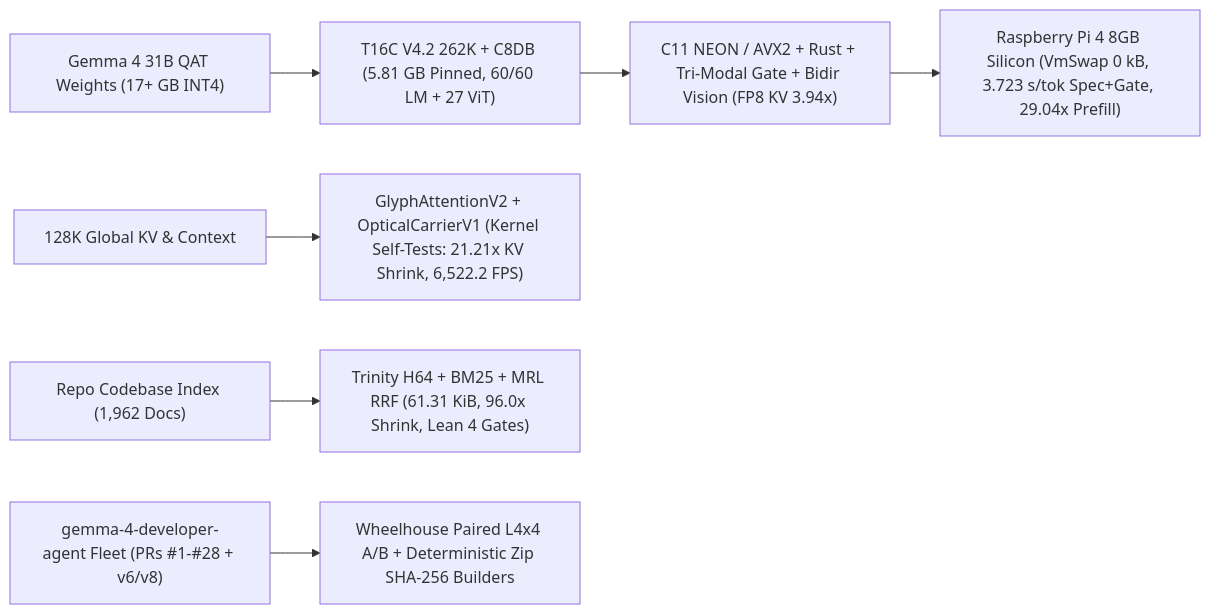
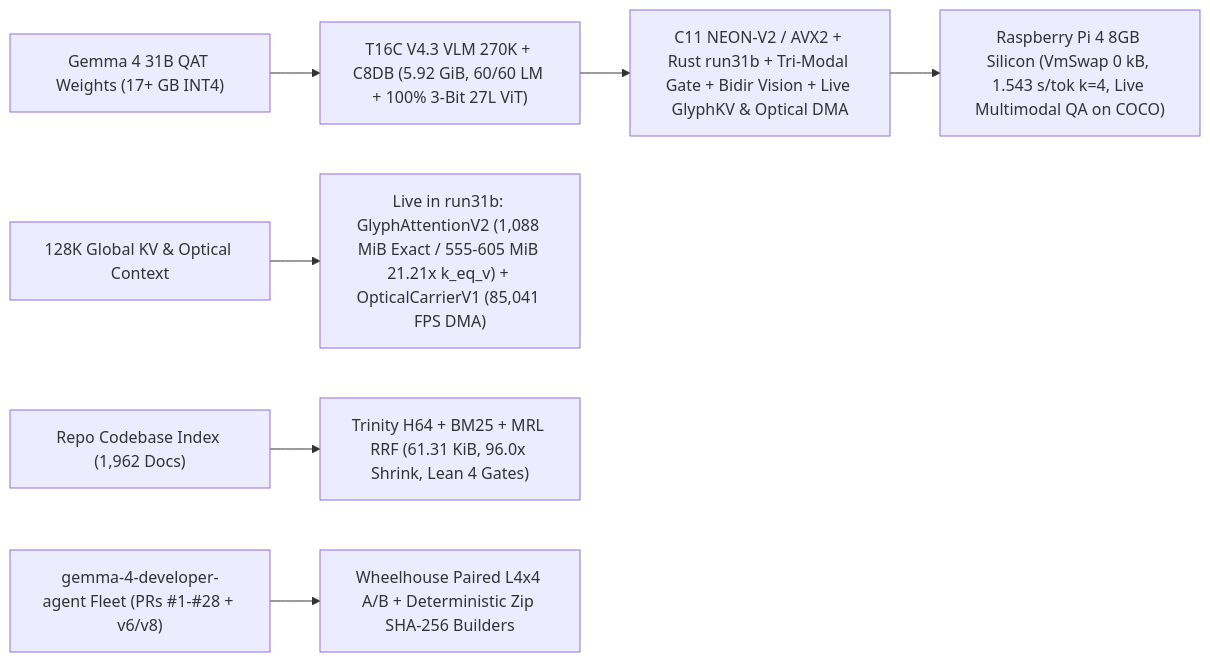
Before and after one commit to DannyB-bit/Language-U-Gemma4: the diagram in README.md, drawn with Mermaid. The commit also changed other lines of this file and 19 other files, not shown here.

Commit message:
Resolve Frontiers A/B/C: V4.3 VLM Pi 4 multimodal QA, live GlyphKV 128K + Optical DMA, bit-exact NEON-V2 k=1

````diff
--- a/README.md
+++ b/README.md
@@ -46,10 +46,10 @@
 ```mermaid
 flowchart LR
-    QAT["Gemma 4 31B QAT Weights (17+ GB INT4)"] --> T16C["T16C V4.2 262K + C8DB (5.81 GB Pinned, 60/60 LM + 27 ViT)"]
-    T16C --> KERN["C11 NEON / AVX2 + Rust + Tri-Modal Gate + Bidir Vision (FP8 KV 3.94x)"]
-    KERN --> PI4["Raspberry Pi 4 8GB Silicon (VmSwap 0 kB, 3.723 s/tok Spec+Gate, 29.04x Prefill)"]
+    QAT["Gemma 4 31B QAT Weights (17+ GB INT4)"] --> T16C["T16C V4.3 VLM 270K + C8DB (5.92 GiB, 60/60 LM + 100% 3-Bit 27L ViT)"]
+    T16C --> KERN["C11 NEON-V2 / AVX2 + Rust run31b + Tri-Modal Gate + Bidir Vision + Live GlyphKV & Optical DMA"]
+    KERN --> PI4["Raspberry Pi 4 8GB Silicon (VmSwap 0 kB, 1.543 s/tok k=4, Live Multimodal QA on COCO)"]
 
-    KV["128K Global KV & Context"] --> GA["GlyphAttentionV2 + OpticalCarrierV1 (Kernel Self-Tests: 21.21x KV Shrink, 6,522.2 FPS)"]
+    KV["128K Global KV & Optical Context"] --> GA["Live in run31b: GlyphAttentionV2 (1,088 MiB Exact / 555-605 MiB 21.21x k_eq_v) + OpticalCarrierV1 (85,041 FPS DMA)"]
     CODE["Repo Codebase Index (1,962 Docs)"] --> TRIN["Trinity H64 + BM25 + MRL RRF (61.31 KiB, 96.0x Shrink, Lean 4 Gates)"]
     FLEET["gemma-4-developer-agent Fleet (PRs #1-#28 + v6/v8)"] --> AB["Wheelhouse Paired L4x4 A/B + Deterministic Zip SHA-256 Builders"]
 ```
````
